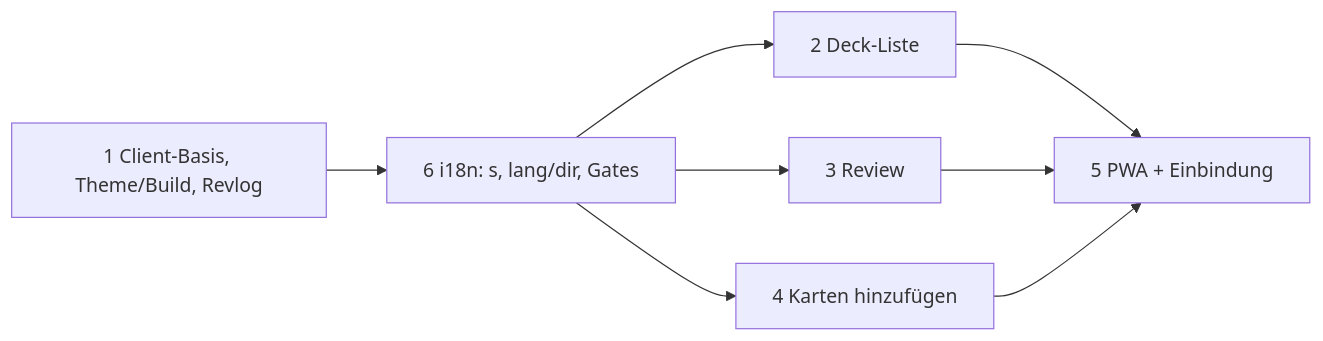
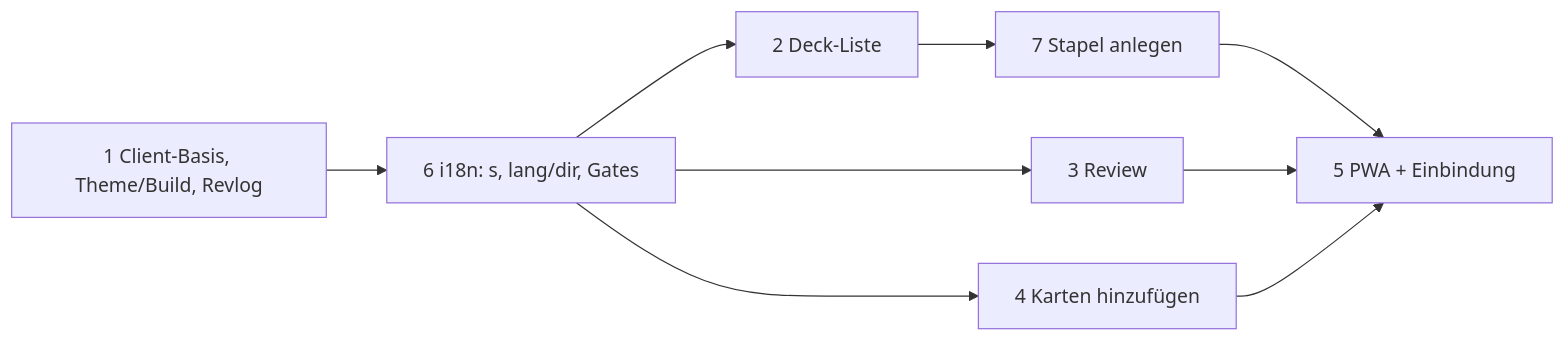
Before and after one commit to Ninerian/ankiweb: the diagram in docs/superpowers/plans/2026-10-27-reviewer-redesign-00-overview.md, drawn with Mermaid. The commit also changed other lines of this file and 1 other file, not shown here.

Commit message:
Plan 7: new deck with emoji suffix, one-time prefix migration

````diff
--- a/docs/superpowers/plans/2026-10-27-reviewer-redesign-00-overview.md
+++ b/docs/superpowers/plans/2026-10-27-reviewer-redesign-00-overview.md
@@ -75,10 +76,11 @@
 ```mermaid
 flowchart LR
   P1[1 Client-Basis, Theme/Build, Revlog] --> P6[6 i18n: s, lang/dir, Gates]
   P6 --> P2[2 Deck-Liste]
   P6 --> P3[3 Review]
   P6 --> P4[4 Karten hinzufügen]
-  P2 --> P5[5 PWA + Einbindung]
+  P2 --> P7[7 Stapel anlegen]
+  P7 --> P5[5 PWA + Einbindung]
   P3 --> P5
   P4 --> P5
 ```
````
